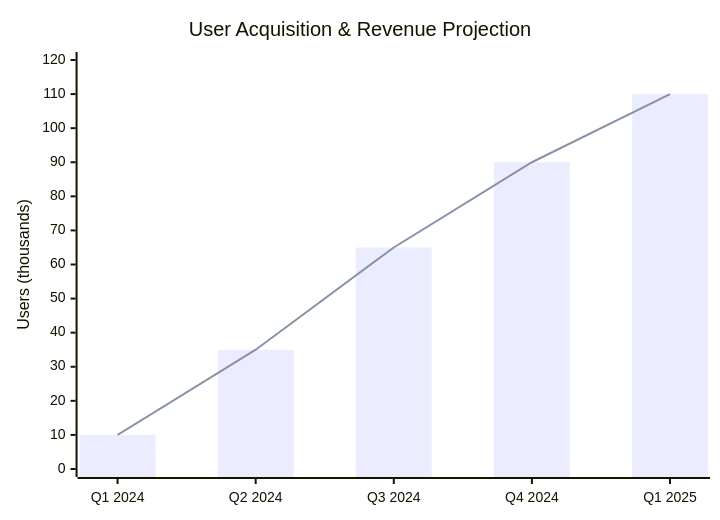
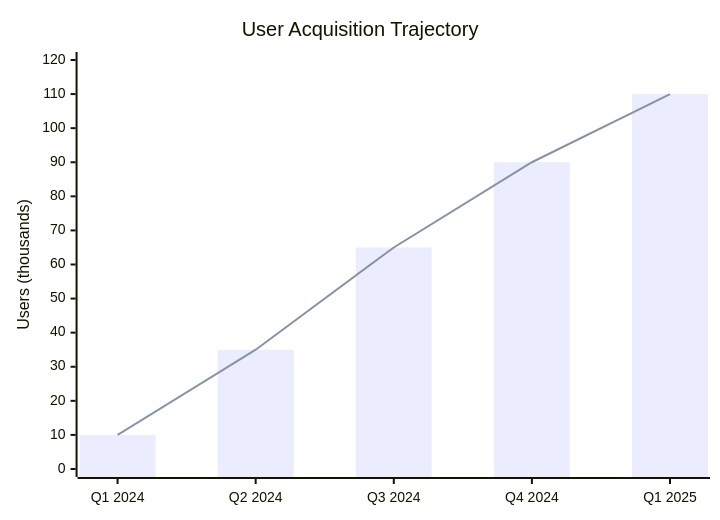
The tenth of 13 diagrams in README.md (Iceman-Dann/Medly), drawn with Mermaid before and after one commit. The commit also changed other lines of this file, not shown here.

Commit message:
Create high-quality charts with darker colors and judge-focused explanations

````diff
--- a/README.md
+++ b/README.md
@@ -229,8 +162,8 @@
 ```mermaid
 xychart-beta
-    title "User Acquisition & Revenue Projection"
+    title "User Acquisition Trajectory"
     x-axis ["Q1 2024", "Q2 2024", "Q3 2024", "Q4 2024", "Q1 2025"]
     y-axis "Users (thousands)" 0 --> 120
     bar [10, 35, 65, 90, 110]
     line [10, 35, 65, 90, 110]
 ```
````
